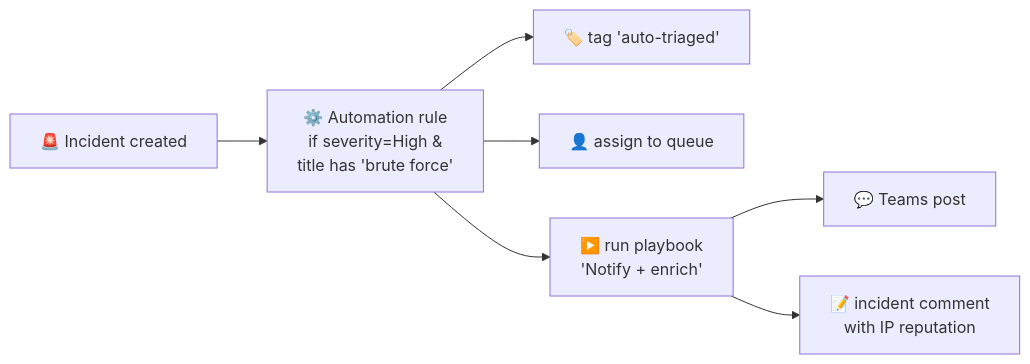
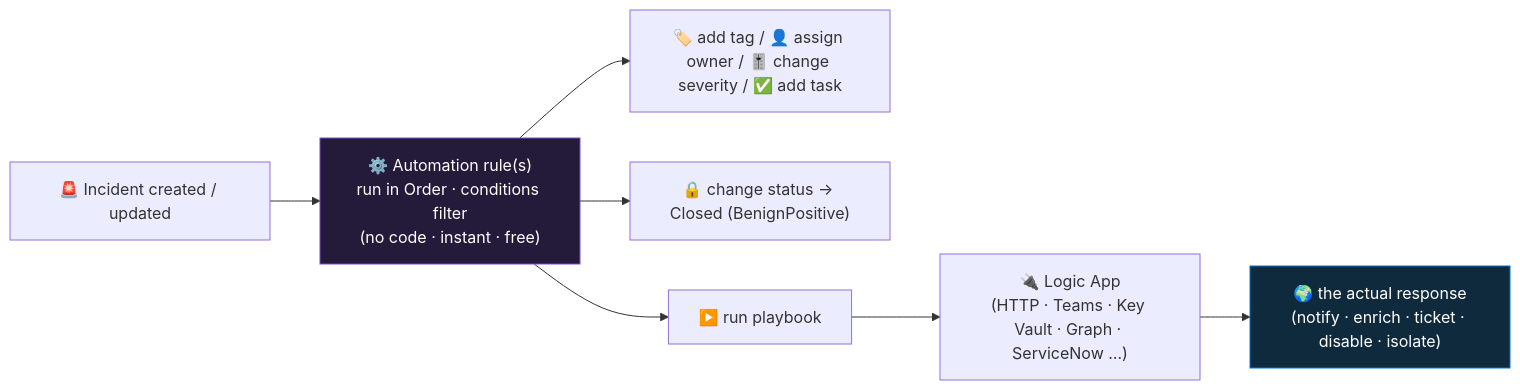
The diagram in 29-automation-rules-vs-playbooks/README.md (Tarun2000AD/microsoft-sentinel-live-learning), drawn with Mermaid before and after one commit. The commit also changed other lines of this file, not shown here.

First line of the commit message:
Deepen step 29 (automation rules vs playbooks): router vs worker model, the loop trap, decision quiz

````diff
--- a/29-automation-rules-vs-playbooks/README.md
+++ b/29-automation-rules-vs-playbooks/README.md
@@ -42,9 +55,11 @@
 ```mermaid
 flowchart LR
-    I["🚨 Incident created"] --> AR["⚙️ Automation rule<br/>if severity=High &<br/>title has 'brute force'"]
-    AR --> A1["🏷️ tag 'auto-triaged'"]
-    AR --> A2["👤 assign to queue"]
-    AR --> PB["▶️ run playbook<br/>'Notify + enrich'"]
-    PB --> T["💬 Teams post"]
-    PB --> C["📝 incident comment<br/>with IP reputation"]
+    I["🚨 Incident created / updated"] --> AR["⚙️ Automation rule(s)<br/>run in Order · conditions filter<br/>(no code · instant · free)"]
+    AR --> A1["🏷️ add tag / 👤 assign owner / 🎚️ change severity / ✅ add task"]
+    AR --> A2["🔒 change status → Closed (BenignPositive)"]
+    AR --> PB["▶️ run playbook"]
+    PB --> LA["🔌 Logic App<br/>(HTTP · Teams · Key Vault · Graph · ServiceNow …)"]
+    LA --> W["🌍 the actual response<br/>(notify · enrich · ticket · disable · isolate)"]
+    style AR fill:#241a3a,stroke:#7b4fd0,color:#fff
+    style W fill:#0f2a3d,stroke:#0078D4,color:#fff
 ```
````
